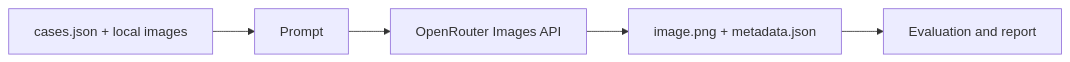
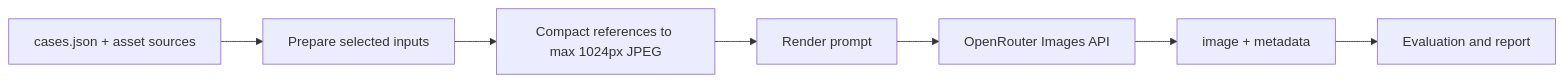
The diagram in README.md (komaksym/weon-assignment), drawn with Mermaid before and after one commit. The commit also changed other lines of this file and 13 other files, not shown here.

````diff
--- a/README.md
+++ b/README.md
@@ -9,7 +9,9 @@
 ```mermaid
 flowchart LR
-    A[cases.json + local images] --> B[Prompt]
-    B --> C[OpenRouter Images API]
-    C --> D[image.png + metadata.json]
-    D --> E[Evaluation and report]
+    A[cases.json + asset sources] --> B[Prepare selected inputs]
+    B --> C[Compact references to max 1024px JPEG]
+    C --> D[Render prompt]
+    D --> E[OpenRouter Images API]
+    E --> F[image + metadata]
+    F --> G[Evaluation and report]
 ```
````
